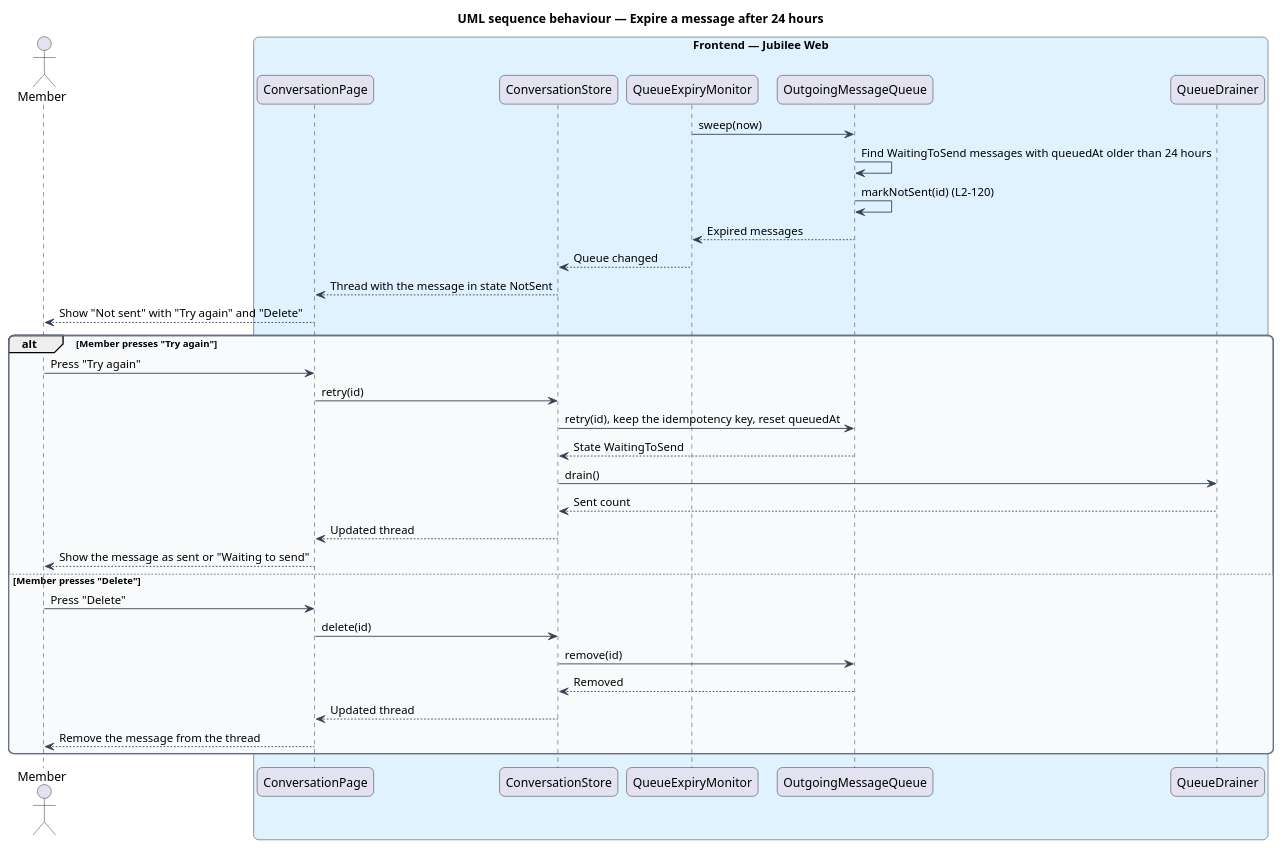
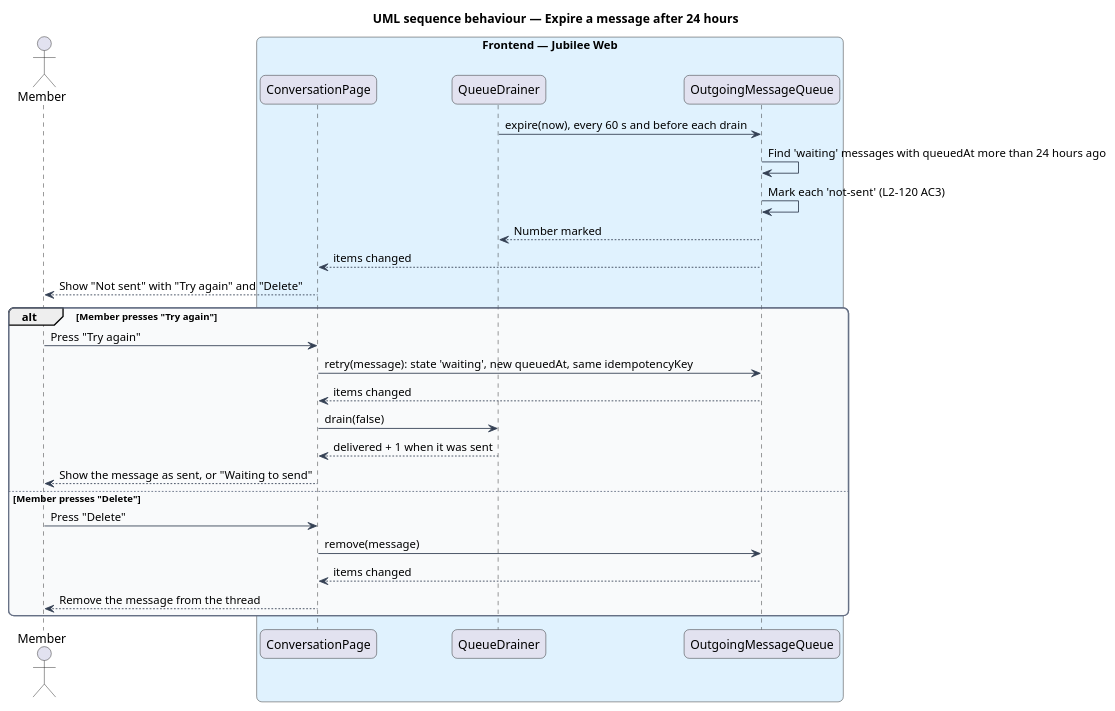
Before and after one commit to QuinntyneBrown/jubilee: the diagram in docs/detailed-designs/offline/queue-messages-offline/diagrams/sequence-expire-after-24-hours.puml, drawn with PlantUML. The commit also changed 50 other files, not shown here.

```diff
--- a/docs/detailed-designs/offline/queue-messages-offline/diagrams/sequence-expire-after-24-hours.puml
+++ b/docs/detailed-designs/offline/queue-messages-offline/diagrams/sequence-expire-after-24-hours.puml
@@ -1,49 +1,42 @@
 @startuml
 title UML sequence behaviour — Expire a message after 24 hours
 skinparam backgroundColor #FFFFFF
 skinparam shadowing false
 skinparam roundcorner 12
 skinparam defaultFontName Arial
 skinparam ArrowColor #344054
 skinparam rectangle {
   BorderColor #344054
   FontColor #101828
 }
 skinparam package {
   BorderColor #667085
   FontColor #101828
   BackgroundColor #F9FAFB
 }
 actor "Member" as actor
 box "Frontend — Jubilee Web" #E0F2FE
   participant "ConversationPage" as page
-  participant "ConversationStore" as store
-  participant "QueueExpiryMonitor" as expiry
+  participant "QueueDrainer" as drainer
   participant "OutgoingMessageQueue" as queue
-  participant "QueueDrainer" as drainer
 end box
-expiry -> queue : sweep(now)
-queue -> queue : Find WaitingToSend messages with queuedAt older than 24 hours
-queue -> queue : markNotSent(id) (L2-120)
-queue --> expiry : Expired messages
-expiry --> store : Queue changed
-store --> page : Thread with the message in state NotSent
+drainer -> queue : expire(now), every 60 s and before each drain
+queue -> queue : Find 'waiting' messages with queuedAt more than 24 hours ago
+queue -> queue : Mark each 'not-sent' (L2-120 AC3)
+queue --> drainer : Number marked
+queue --> page : items changed
 page --> actor : Show "Not sent" with "Try again" and "Delete"
 alt Member presses "Try again"
   actor -> page : Press "Try again"
-  page -> store : retry(id)
-  store -> queue : retry(id), keep the idempotency key, reset queuedAt
-  queue --> store : State WaitingToSend
-  store -> drainer : drain()
-  drainer --> store : Sent count
-  store --> page : Updated thread
-  page --> actor : Show the message as sent or "Waiting to send"
+  page -> queue : retry(message): state 'waiting', new queuedAt, same idempotencyKey
+  queue --> page : items changed
+  page -> drainer : drain(false)
+  drainer --> page : delivered + 1 when it was sent
+  page --> actor : Show the message as sent, or "Waiting to send"
 else Member presses "Delete"
   actor -> page : Press "Delete"
-  page -> store : delete(id)
-  store -> queue : remove(id)
-  queue --> store : Removed
-  store --> page : Updated thread
+  page -> queue : remove(message)
+  queue --> page : items changed
   page --> actor : Remove the message from the thread
 end
 @enduml
```
